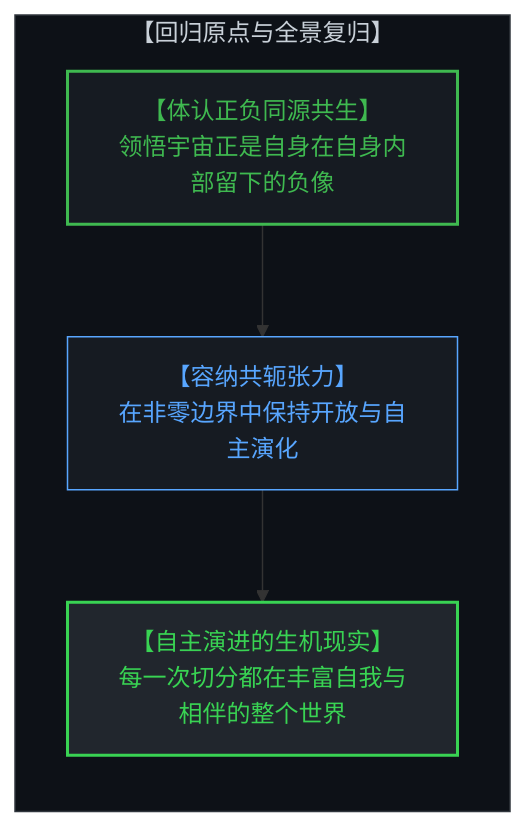
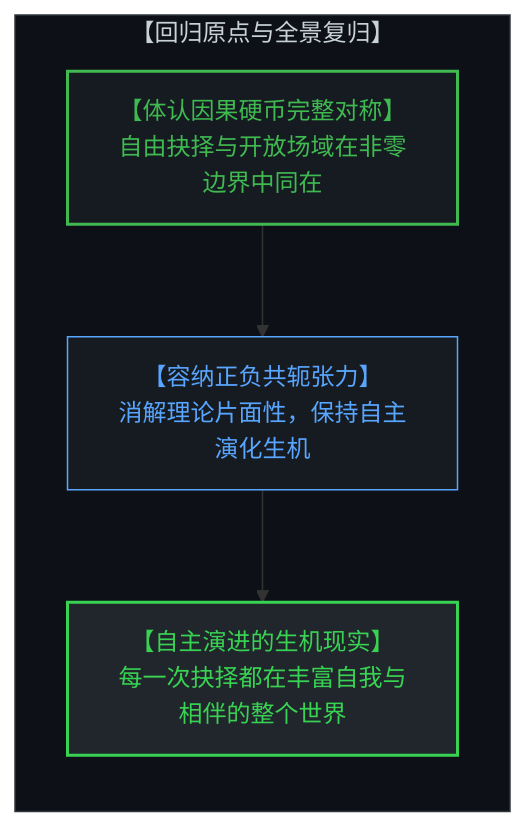
The sixth of 6 diagrams in content/posts/the-geometry-of-coexistence-and-the-dual-cut.md (powerpig99/not-a-toe), drawn with Mermaid before and after one commit. The commit also changed other lines of this file and 3 other files, not shown here.

````diff
--- a/content/posts/the-geometry-of-coexistence-and-the-dual-cut.md
+++ b/content/posts/the-geometry-of-coexistence-and-the-dual-cut.md
@@ -153,15 +175,15 @@
 ```mermaid
 graph TD
     subgraph GenerativeTension["【回归原点与全景复归】"]
         direction TB
-        RecognizeCoPresence["【体认正负同源共生】<br>领悟宇宙正是自身在自身内部留下的负像"]
-        HoldLivingTension["【容纳共轭张力】<br>在非零边界中保持开放与自主演化"]
-        EvolvingReality["【自主演进的生机现实】<br>每一次切分都在丰富自我与相伴的整个世界"]
+        RecognizeCoPresence["【体认因果硬币完整对称】<br>自由抉择与开放场域在非零边界中同在"]
+        HoldLivingTension["【容纳正负共轭张力】<br>消解理论片面性，保持自主演化生机"]
+        EvolvingReality["【自主演进的生机现实】<br>每一次抉择都在丰富自我与相伴的整个世界"]
         RecognizeCoPresence --> HoldLivingTension
         HoldLivingTension --> EvolvingReality
     end
     style GenerativeTension fill:#0d1117,stroke:#30363d,stroke-width:1px,color:#c9d1d9
     style RecognizeCoPresence fill:#161b22,stroke:#3fb950,stroke-width:2px,color:#3fb950
     style HoldLivingTension fill:#161b22,stroke:#58a6ff,stroke-width:1px,color:#58a6ff
     style EvolvingReality fill:#21262d,stroke:#39d353,stroke-width:2px,color:#39d353
 ```
````
